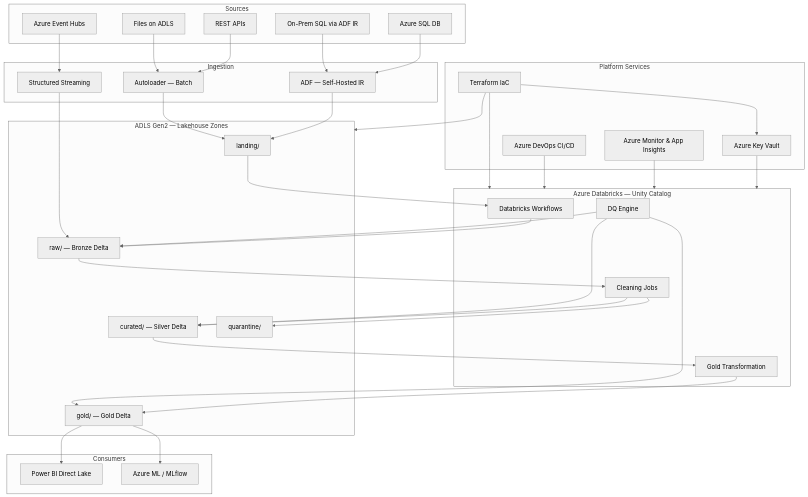
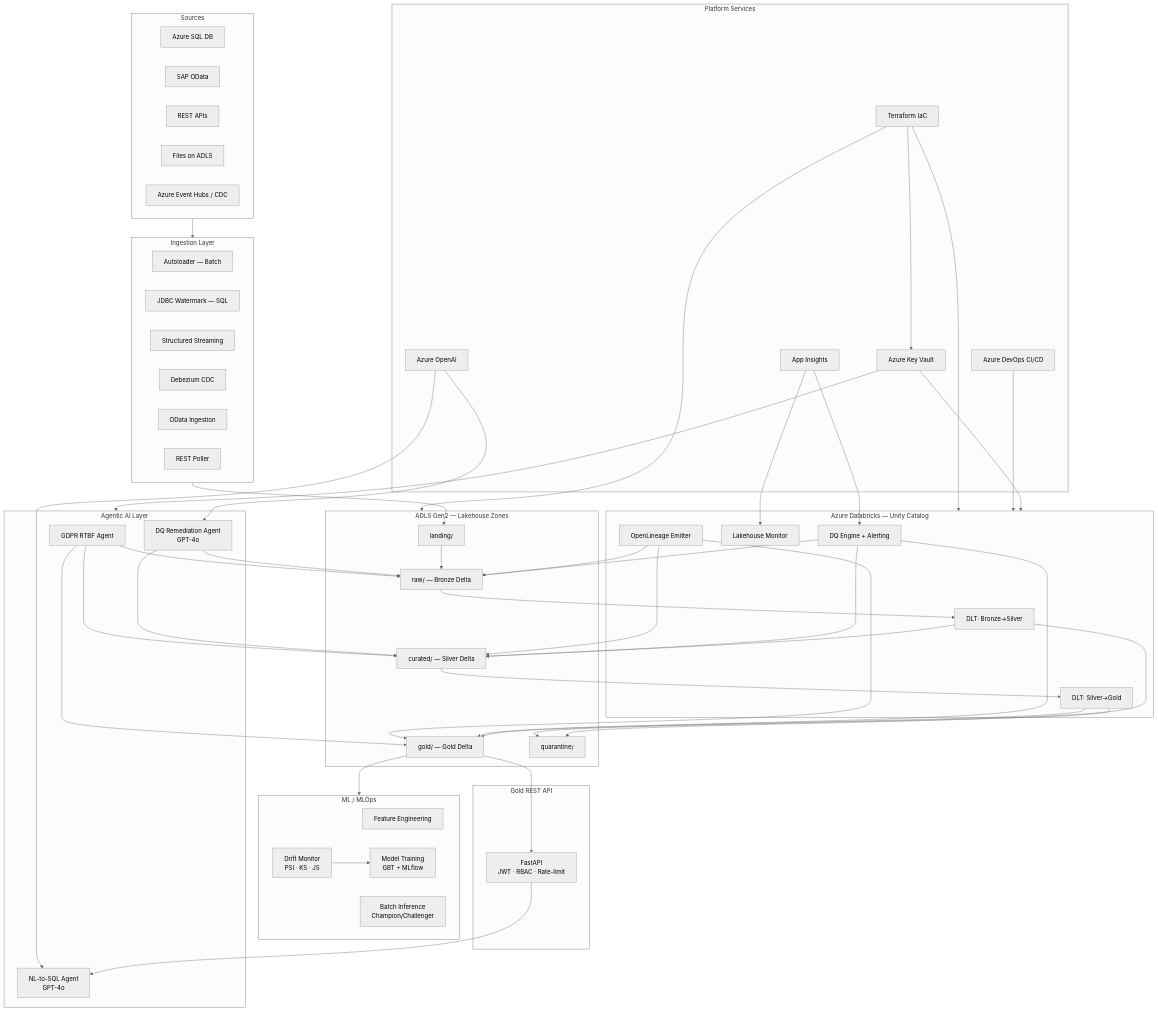
The diagram in README.md (PratikhyaManas/AgenticAI-DataEngineering), drawn with Mermaid (neutral theme) before and after one commit. The commit also changed other lines of this file and 35 other files, not shown here.

````diff
--- a/README.md
+++ b/README.md
@@ -12,55 +12,76 @@
 ```mermaid
 flowchart TD
     subgraph Sources
         S1[Azure SQL DB]
-        S2[On-Prem SQL via ADF IR]
+        S2[SAP OData]
         S3[REST APIs]
         S4[Files on ADLS]
-        S5[Azure Event Hubs]
+        S5[Azure Event Hubs / CDC]
     end
 
-    subgraph Ingestion
-        ADF[ADF — Self-Hosted IR]
+    subgraph Ingestion["Ingestion Layer"]
         ABL[Autoloader — Batch]
+        SQL[JDBC Watermark — SQL]
         STR[Structured Streaming]
+        CDC[Debezium CDC]
+        OD[OData Ingestion]
+        REST[REST Poller]
     end
 
     subgraph ADLS["ADLS Gen2 — Lakehouse Zones"]
         LND[landing/]
         RAW[raw/ — Bronze Delta]
         CUR[curated/ — Silver Delta]
         GLD[gold/ — Gold Delta]
         QRN[quarantine/]
     end
 
     subgraph DBR["Azure Databricks — Unity Catalog"]
-        WF[Databricks Workflows]
-        CLN[Cleaning Jobs]
-        TRF[Gold Transformation]
-        DQ[DQ Engine]
+        DLT_B[DLT: Bronze→Silver]
+        DLT_G[DLT: Silver→Gold]
+        DQ[DQ Engine + Alerting]
+        MON[Lakehouse Monitor]
+        LIN[OpenLineage Emitter]
     end
 
-    subgraph Consumers
-        PBI[Power BI Direct Lake]
-        ML[Azure ML / MLflow]
+    subgraph Agents["Agentic AI Layer"]
+        DQA[DQ Remediation Agent\nGPT-4o]
+        GDPR[GDPR RTBF Agent]
+        NL[NL-to-SQL Agent\nGPT-4o]
+    end
+
+    subgraph ML["ML / MLOps"]
+        FE[Feature Engineering]
+        MT[Model Training\nGBT + MLflow]
+        BI[Batch Inference\nChampion/Challenger]
+        DM[Drift Monitor\nPSI · KS · JS]
+    end
+
+    subgraph API["Gold REST API"]
+        FA[FastAPI\nJWT · RBAC · Rate-limit]
     end
 
     subgraph Platform["Platform Services"]
         KV[Azure Key Vault]
-        MON[Azure Monitor & App Insights]
+        AOAI[Azure OpenAI]
+        APPINS[App Insights]
         ADO[Azure DevOps CI/CD]
         TF[Terraform IaC]
     end
 
-    S1 & S2 --> ADF --> LND
-    S3 & S4 --> ABL --> LND
-    S5 --> STR --> RAW
-    LND --> WF --> RAW --> CLN --> CUR --> TRF --> GLD
-    CLN --> QRN
+    Sources --> Ingestion --> LND --> RAW
+    RAW --> DLT_B --> CUR --> DLT_G --> GLD
+    DLT_B & DLT_G --> QRN
     DQ --> RAW & CUR & GLD
-    GLD --> PBI & ML
-    KV --> DBR
-    MON --> DBR
+    GLD --> FA --> NL
+    GLD --> ML
+    DM --> MT
+    DQA --> RAW & CUR
+    GDPR --> RAW & CUR & GLD
+    LIN --> RAW & CUR & GLD
+    KV --> DBR & Agents
+    AOAI --> DQA & NL
+    APPINS --> DQ & MON
     ADO --> DBR
     TF --> ADLS & DBR & KV
 ```
````
